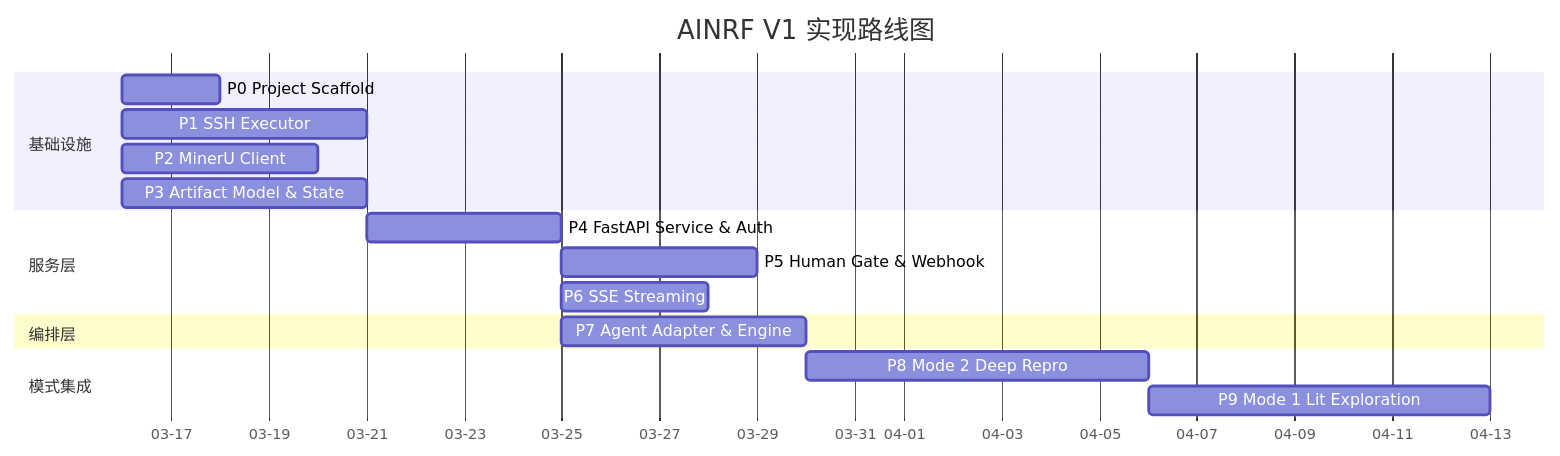
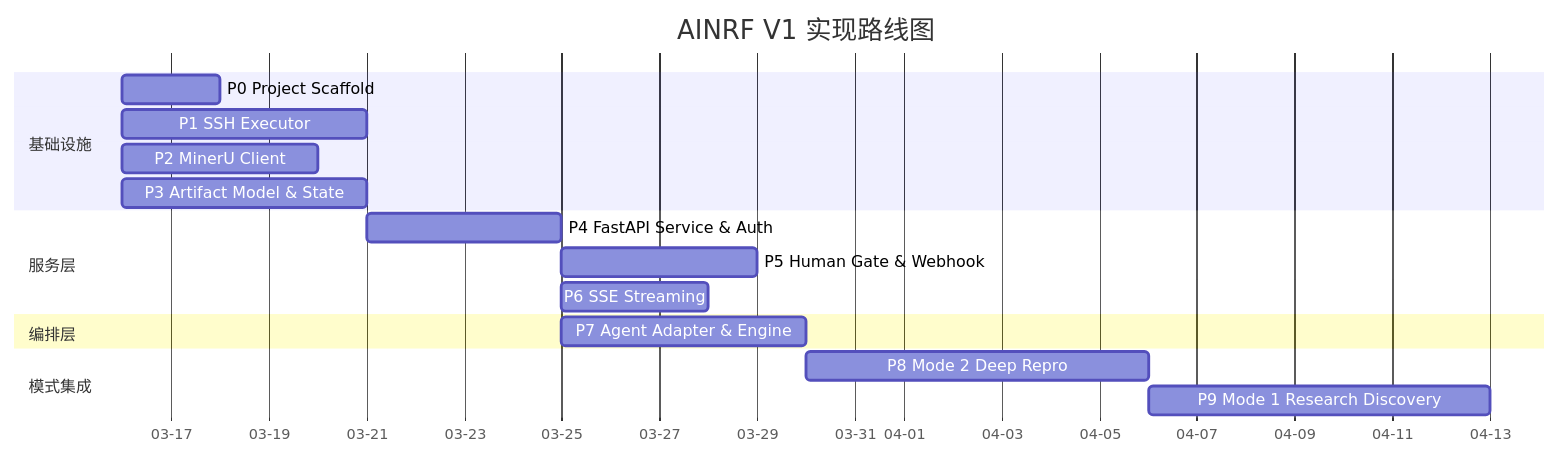
Before and after one commit to Kozmosa/scholar-agent: the first of 2 diagrams in docs/framework/v1-roadmap.md, drawn with Mermaid. The commit also changed other lines of this file and 22 other files, not shown here.

````diff
--- a/docs/framework/v1-roadmap.md
+++ b/docs/framework/v1-roadmap.md
@@ -27,24 +27,24 @@
 ```mermaid
 gantt
     title AINRF V1 实现路线图
     dateFormat  YYYY-MM-DD
     axisFormat  %m-%d
 
     section 基础设施
     P0 Project Scaffold        :p0, 2026-03-16, 2d
     P1 SSH Executor            :p1, 2026-03-16, 5d
     P2 MinerU Client           :p2, 2026-03-16, 4d
     P3 Artifact Model & State  :p3, 2026-03-16, 5d
 
     section 服务层
     P4 FastAPI Service & Auth  :p4, after p3, 4d
     P5 Human Gate & Webhook    :p5, after p4, 4d
     P6 SSE Streaming           :p6, after p4, 3d
 
     section 编排层
     P7 Agent Adapter & Engine  :p7, after p1 p4, 5d
 
     section 模式集成
     P8 Mode 2 Deep Repro       :p8, after p7 p2 p5 p6, 7d
-    P9 Mode 1 Lit Exploration  :p9, after p8, 7d
+    P9 Mode 1 Research Discovery  :p9, after p8, 7d
 ```
````
